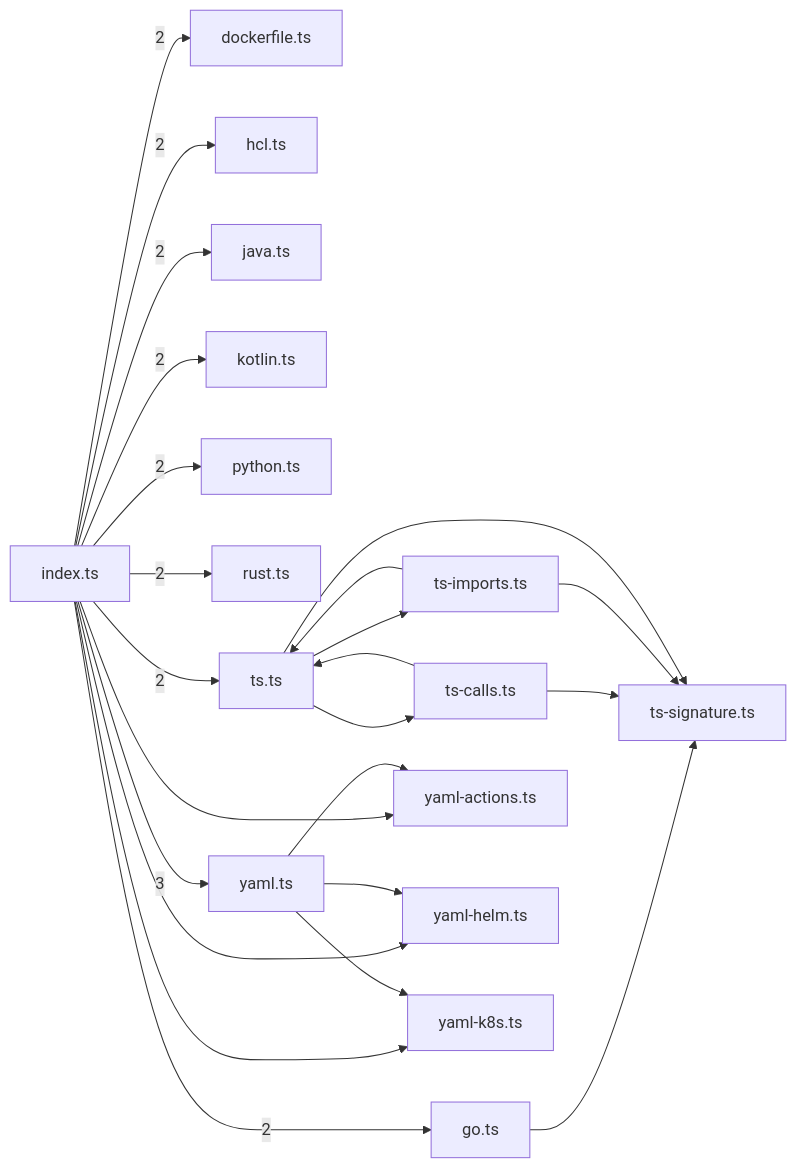
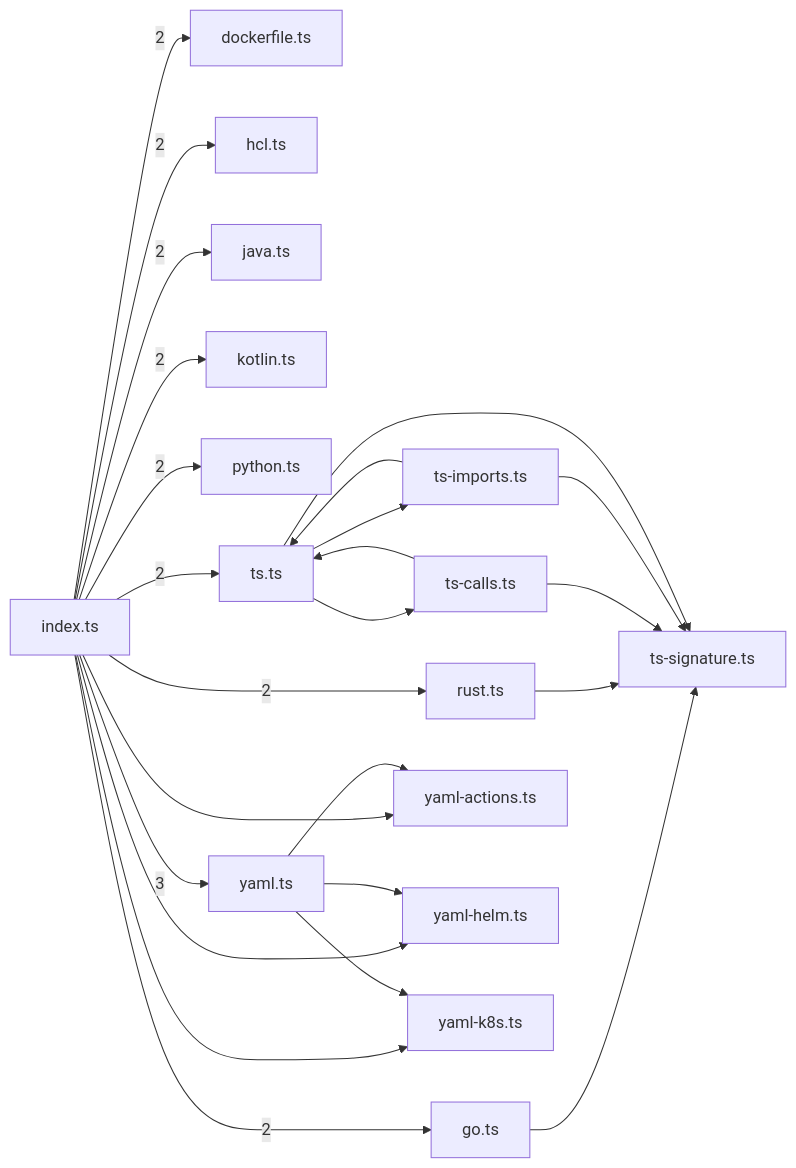
Before and after one commit to sns45/greplost: the third of 8 diagrams in .greplost/packages/greplost__core/MAP.md, drawn with Mermaid. The commit also changed other lines of this file and 15 other files, not shown here.

````diff
--- a/.greplost/packages/greplost__core/MAP.md
+++ b/.greplost/packages/greplost__core/MAP.md
@@ -223,42 +223,43 @@
 ```mermaid
 graph LR
   packages_core_src_extract_dockerfile_ts["dockerfile.ts"]
   packages_core_src_extract_go_ts["go.ts"]
   packages_core_src_extract_hcl_ts["hcl.ts"]
   packages_core_src_extract_index_ts["index.ts"]
   packages_core_src_extract_java_ts["java.ts"]
   packages_core_src_extract_kotlin_ts["kotlin.ts"]
   packages_core_src_extract_python_ts["python.ts"]
   packages_core_src_extract_rust_ts["rust.ts"]
   packages_core_src_extract_ts_calls_ts["ts-calls.ts"]
   packages_core_src_extract_ts_imports_ts["ts-imports.ts"]
   packages_core_src_extract_ts_signature_ts["ts-signature.ts"]
   packages_core_src_extract_ts_ts["ts.ts"]
   packages_core_src_extract_yaml_actions_ts["yaml-actions.ts"]
   packages_core_src_extract_yaml_helm_ts["yaml-helm.ts"]
   packages_core_src_extract_yaml_k8s_ts["yaml-k8s.ts"]
   packages_core_src_extract_yaml_ts["yaml.ts"]
   packages_core_src_extract_go_ts --> packages_core_src_extract_ts_signature_ts
   packages_core_src_extract_index_ts -->|2| packages_core_src_extract_dockerfile_ts
   packages_core_src_extract_index_ts -->|2| packages_core_src_extract_go_ts
   packages_core_src_extract_index_ts -->|2| packages_core_src_extract_hcl_ts
   packages_core_src_extract_index_ts -->|2| packages_core_src_extract_java_ts
   packages_core_src_extract_index_ts -->|2| packages_core_src_extract_kotlin_ts
   packages_core_src_extract_index_ts -->|2| packages_core_src_extract_python_ts
   packages_core_src_extract_index_ts -->|2| packages_core_src_extract_rust_ts
   packages_core_src_extract_index_ts -->|2| packages_core_src_extract_ts_ts
   packages_core_src_extract_index_ts --> packages_core_src_extract_yaml_actions_ts
   packages_core_src_extract_index_ts --> packages_core_src_extract_yaml_helm_ts
   packages_core_src_extract_index_ts --> packages_core_src_extract_yaml_k8s_ts
   packages_core_src_extract_index_ts -->|3| packages_core_src_extract_yaml_ts
+  packages_core_src_extract_rust_ts --> packages_core_src_extract_ts_signature_ts
   packages_core_src_extract_ts_calls_ts --> packages_core_src_extract_ts_signature_ts
   packages_core_src_extract_ts_calls_ts --> packages_core_src_extract_ts_ts
   packages_core_src_extract_ts_imports_ts --> packages_core_src_extract_ts_signature_ts
   packages_core_src_extract_ts_imports_ts --> packages_core_src_extract_ts_ts
   packages_core_src_extract_ts_ts --> packages_core_src_extract_ts_calls_ts
   packages_core_src_extract_ts_ts --> packages_core_src_extract_ts_imports_ts
   packages_core_src_extract_ts_ts --> packages_core_src_extract_ts_signature_ts
   packages_core_src_extract_yaml_ts --> packages_core_src_extract_yaml_actions_ts
   packages_core_src_extract_yaml_ts --> packages_core_src_extract_yaml_helm_ts
   packages_core_src_extract_yaml_ts --> packages_core_src_extract_yaml_k8s_ts
 ```
````
